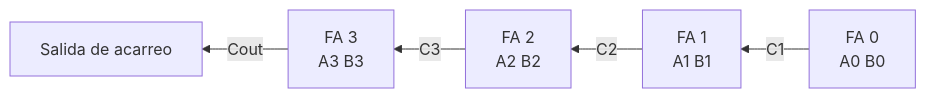
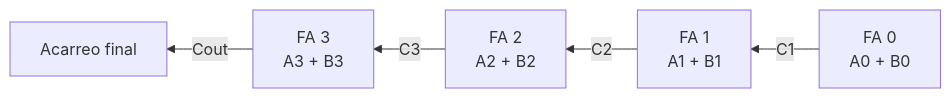
The second of 6 diagrams in semana-4/README.md (roblezsdier02-alt/cuaderno-sintesis-unidad1), drawn with Mermaid before and after one commit. The commit also changed other lines of this file, not shown here.

````diff
--- a/semana-4/README.md
+++ b/semana-4/README.md
@@ -423,8 +558,11 @@
 ```mermaid
 flowchart RL
 
-    FA0["FA 0<br/>A0 B0"] -->|C1| FA1["FA 1<br/>A1 B1"]
-    FA1 -->|C2| FA2["FA 2<br/>A2 B2"]
-    FA2 -->|C3| FA3["FA 3<br/>A3 B3"]
-    FA3 -->|Cout| C["Salida de acarreo"]
+    FA0["FA 0<br/>A0 + B0"] -->|C1| FA1["FA 1<br/>A1 + B1"]
+
+    FA1 -->|C2| FA2["FA 2<br/>A2 + B2"]
+
+    FA2 -->|C3| FA3["FA 3<br/>A3 + B3"]
+
+    FA3 -->|Cout| C["Acarreo final"]
 ```
````
